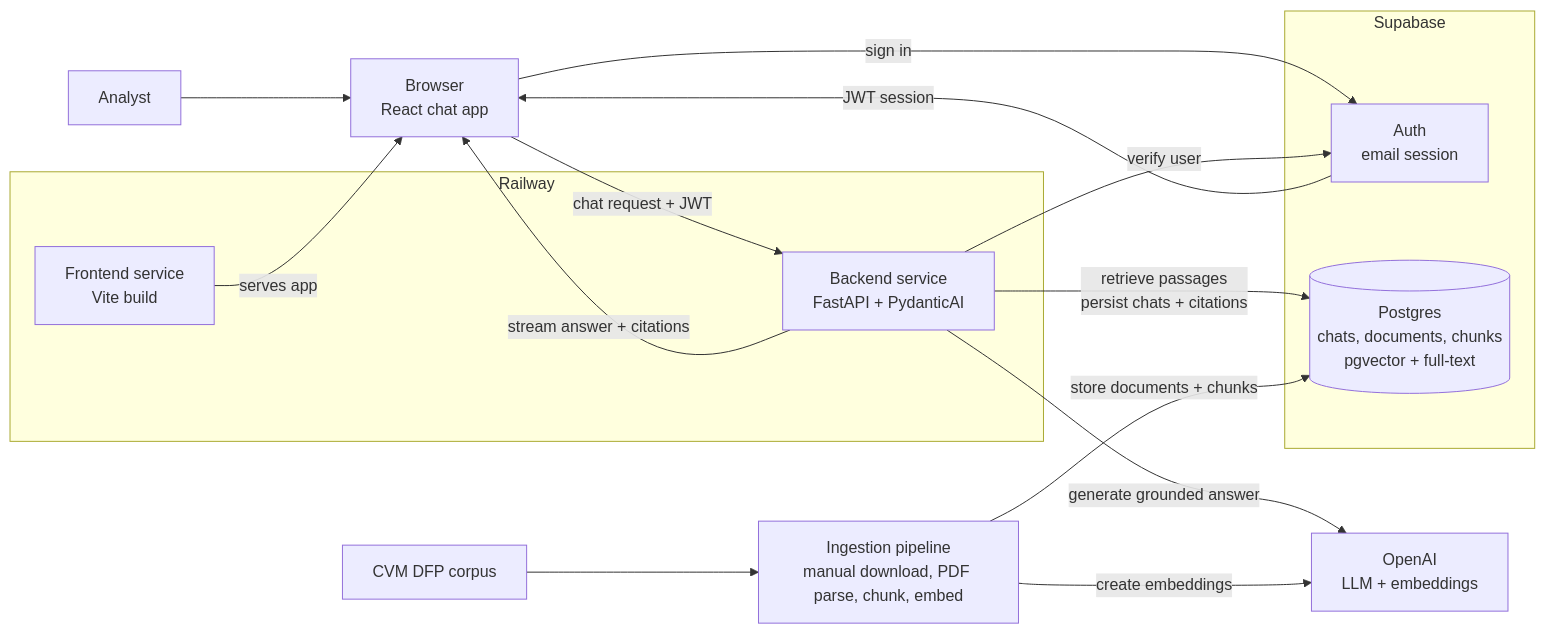
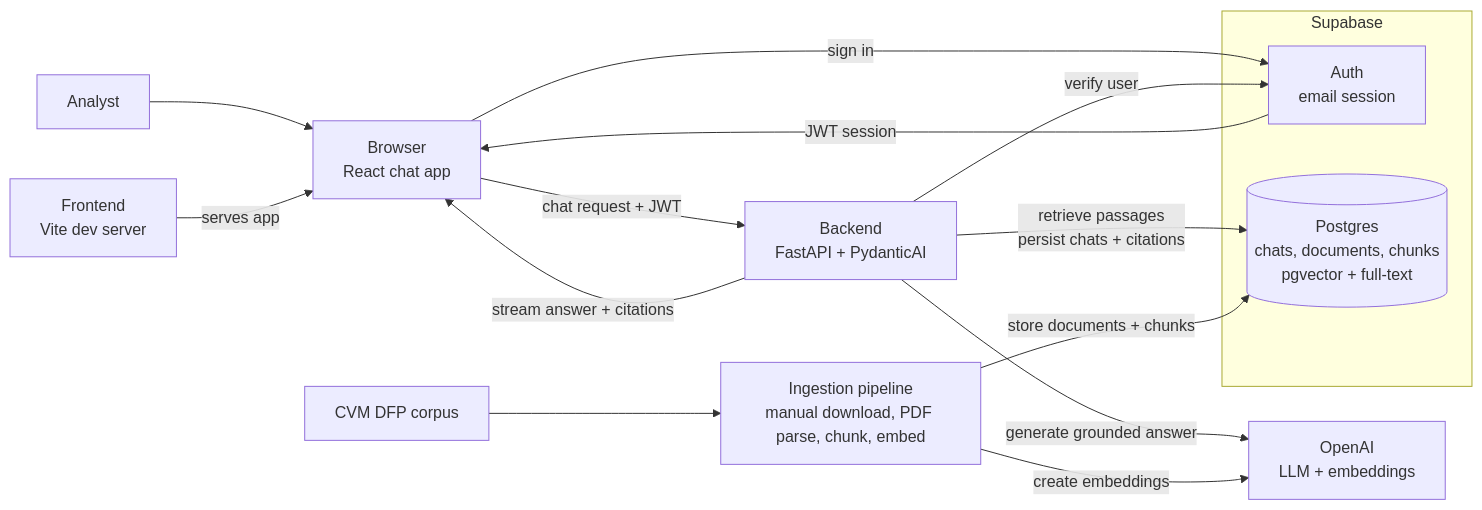
One commit to Pedro-Vital/cvm-copilot changed the diagram in docs/architecture.md. Above: the diagram before and after it, drawn with Mermaid. The commit also changed other lines of this file and 9 other files, not shown here.

````diff
--- a/docs/architecture.md
+++ b/docs/architecture.md
@@ -13,31 +13,29 @@
 ```mermaid
 flowchart LR
     user[Analyst] --> browser[Browser<br/>React chat app]
 
-    subgraph railway[Railway]
-        frontend[Frontend service<br/>Vite build]
-        backend[Backend service<br/>FastAPI + PydanticAI]
-    end
+    frontend[Frontend<br/>Vite dev server]
+    backend[Backend<br/>FastAPI + PydanticAI]
 
     subgraph supabase[Supabase]
         auth[Auth<br/>email session]
         db[(Postgres<br/>chats, documents, chunks<br/>pgvector + full-text)]
     end
 
     openai[OpenAI<br/>LLM + embeddings]
     corpus[CVM DFP corpus]
     ingestion[Ingestion pipeline<br/>manual download, PDF parse, chunk, embed]
 
     frontend -->|serves app| browser
     browser -->|sign in| auth
     auth -->|JWT session| browser
     browser -->|chat request + JWT| backend
     backend -->|verify user| auth
     backend -->|retrieve passages<br/>persist chats + citations| db
     backend -->|generate grounded answer| openai
     backend -->|stream answer + citations| browser
 
     corpus --> ingestion
     ingestion -->|create embeddings| openai
     ingestion -->|store documents + chunks| db
 ```
````
